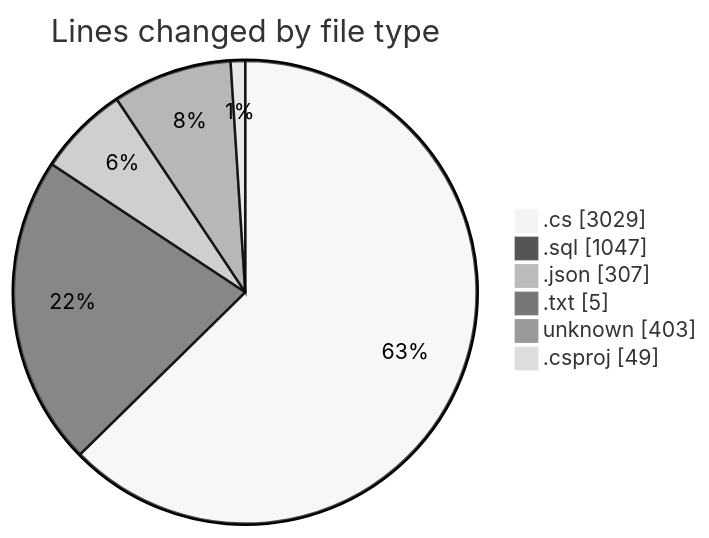
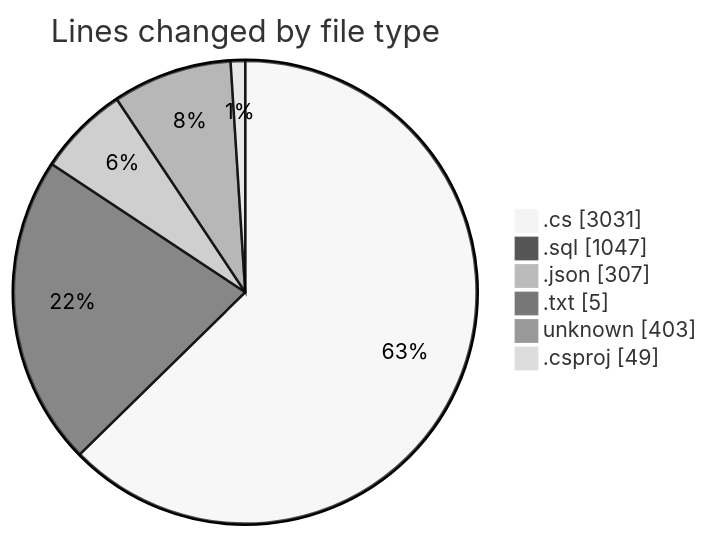
One commit to Netris89/code-tracking changed the first of 2 diagrams in 2025-04-04/back-end/README.md. Above: the diagram before and after it, drawn with Mermaid (neutral theme). The commit also changed other lines of this file and 1 other file, not shown here.

````diff
--- a/2025-04-04/back-end/README.md
+++ b/2025-04-04/back-end/README.md
@@ -40,10 +40,10 @@
 ```mermaid
 pie showData
 title Lines changed by file type
-".cs" : 3029
+".cs" : 3031
 ".sql" : 1047
 ".json" : 307
 ".txt" : 5
 "unknown" : 403
 ".csproj" : 49
 ```
````
